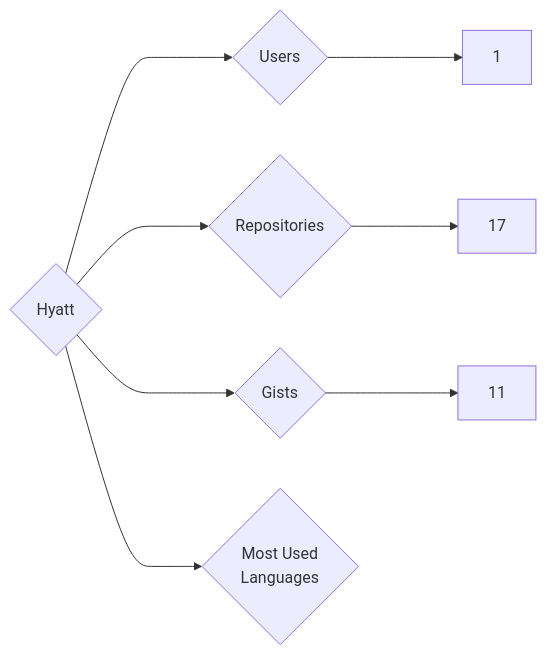
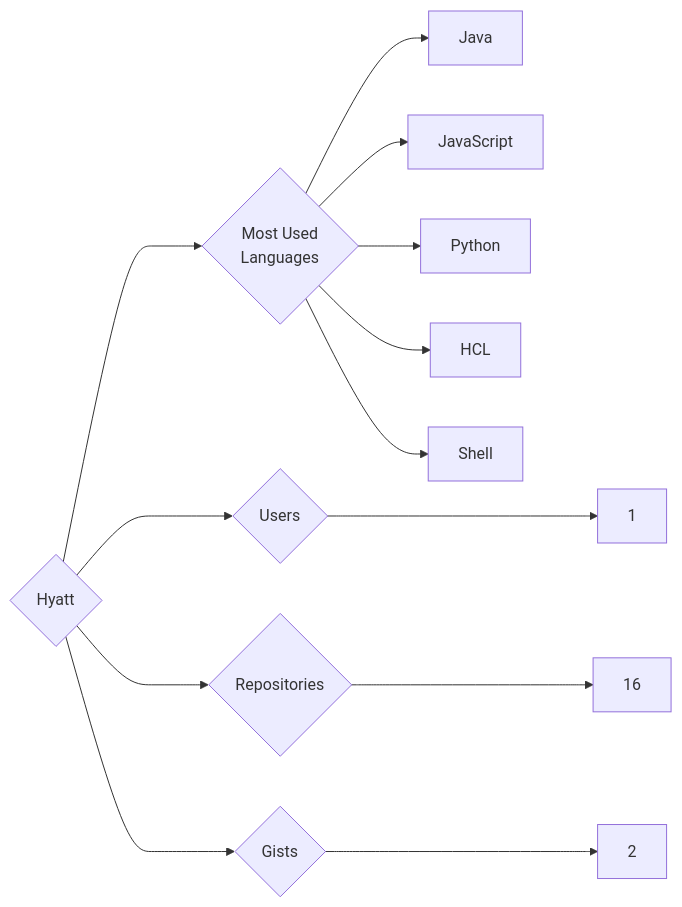
One commit to trickest/insiders changed the diagram in targets/Hyatt/README.md. Above: the diagram before and after it, drawn with Mermaid. The commit also changed 933 other files, not shown here.

````diff
--- a/targets/Hyatt/README.md
+++ b/targets/Hyatt/README.md
@@ -3,8 +3,13 @@
 ```mermaid
 graph LR
 COMPANY_NAME{Hyatt}
 COMPANY_NAME ---> U{Users} ---> UN[1]
-COMPANY_NAME ---> R{Repositories} ---> RN[17]
-COMPANY_NAME ---> G{Gists} ---> GN[11]
+COMPANY_NAME ---> R{Repositories} ---> RN[16]
+COMPANY_NAME ---> G{Gists} ---> GN[2]
 COMPANY_NAME ---> ML{Most Used<br>Languages}
+ML --> Java[Java]
+ML --> JavaScript[JavaScript]
+ML --> Python[Python]
+ML --> HCL[HCL]
+ML --> Shell[Shell]
 ```
````
